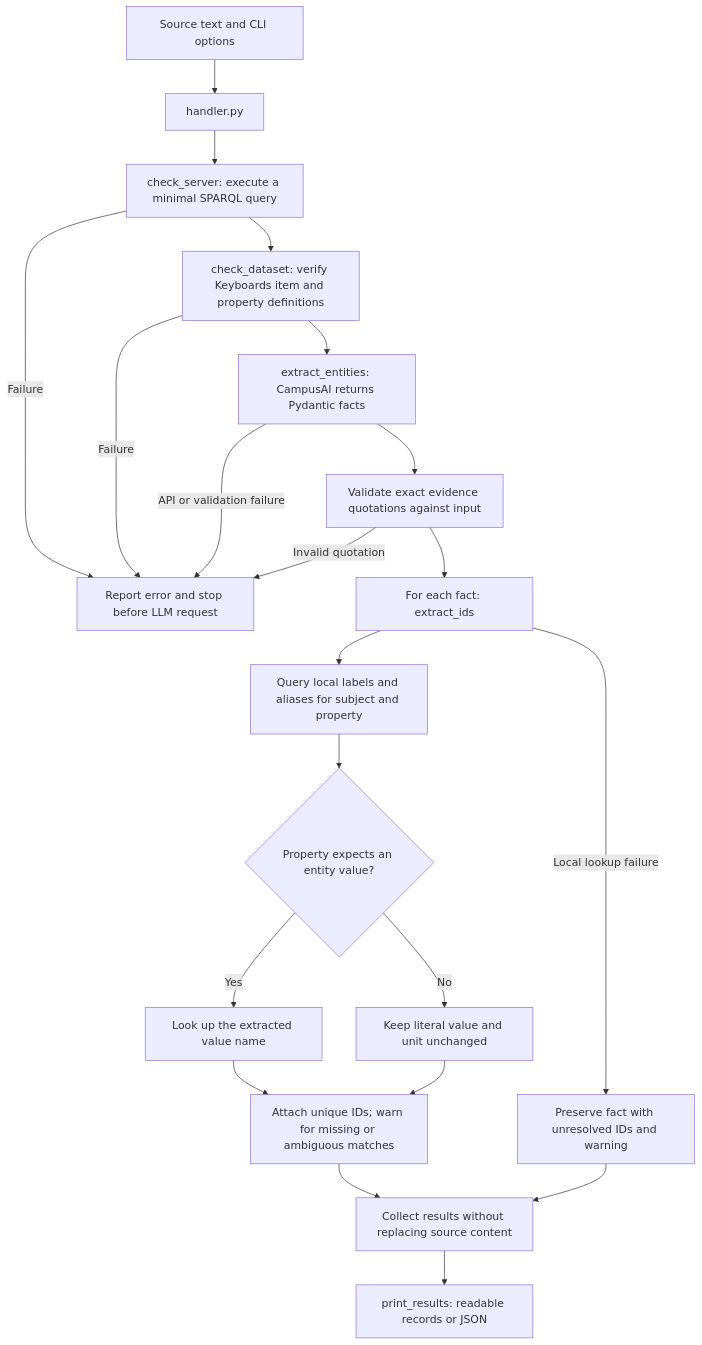
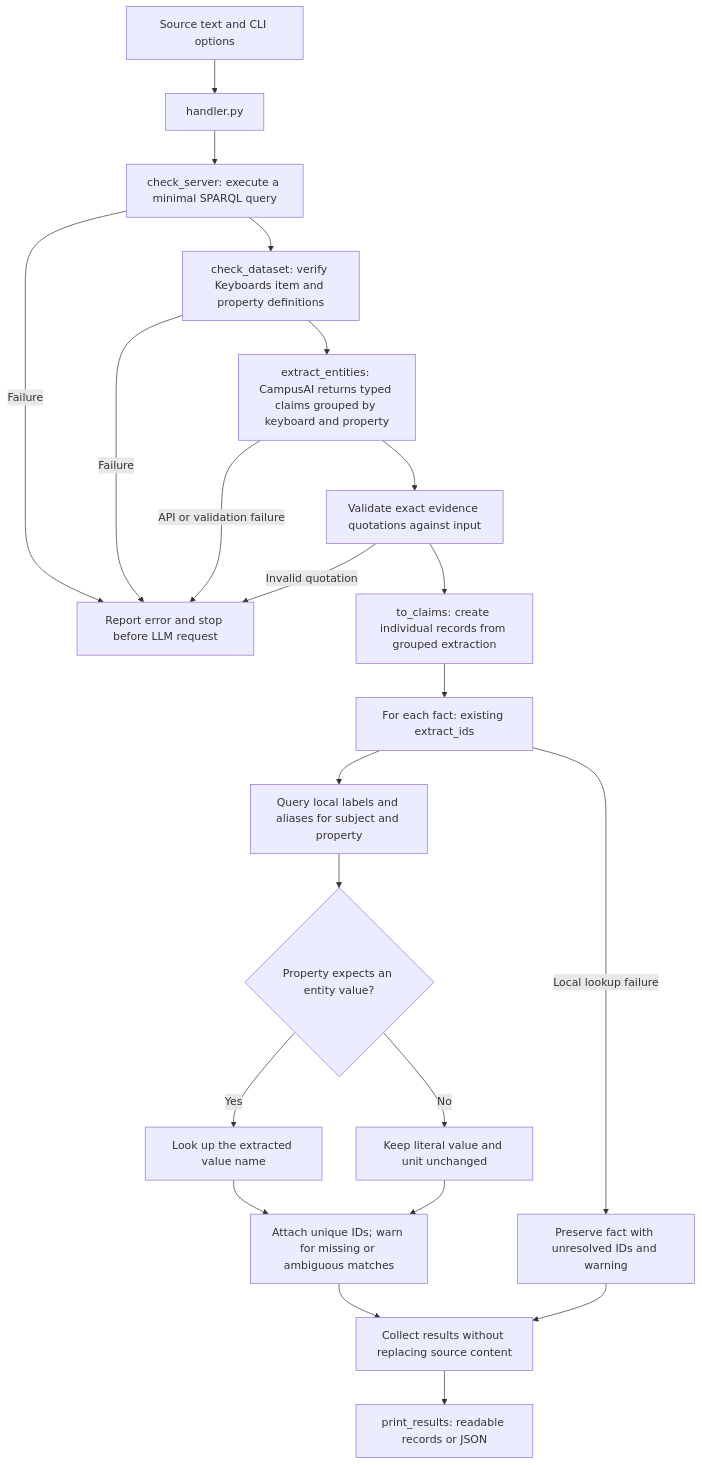
The diagram in workflow.md (hawks23/anywikia), drawn with Mermaid before and after one commit. The commit also changed other lines of this file and 1 other file, not shown here.

Commit message:
Document typed extraction, implementation roadmap, and run/test commands
Explain the RDF property catalog, grouped extraction and flat claim boundary, current exact ID lookup, and deferred matching and comparison work. Add JSON saving and live smoke-test instructions, clarify offline validation limits, and align the workflow diagram.

````diff
--- a/workflow.md
+++ b/workflow.md
@@ -6,23 +6,24 @@
 ```mermaid
 flowchart TD
     A[Source text and CLI options] --> B[handler.py]
     B --> C[check_server: execute a minimal SPARQL query]
     C --> D[check_dataset: verify Keyboards item and property definitions]
     C -- Failure --> Z[Report error and stop before LLM request]
     D -- Failure --> Z
-    D --> E[extract_entities: CampusAI returns Pydantic facts]
+    D --> E[extract_entities: CampusAI returns typed claims grouped by keyboard and property]
     E --> F[Validate exact evidence quotations against input]
     E -- API or validation failure --> Z
     F -- Invalid quotation --> Z
-    F --> G[For each fact: extract_ids]
+    F --> P[to_claims: create individual records from grouped extraction]
+    P --> G[For each fact: existing extract_ids]
     G --> H[Query local labels and aliases for subject and property]
     H --> I{Property expects an entity value?}
     I -- Yes --> J[Look up the extracted value name]
     I -- No --> K[Keep literal value and unit unchanged]
     J --> L[Attach unique IDs; warn for missing or ambiguous matches]
     K --> L
     G -- Local lookup failure --> M[Preserve fact with unresolved IDs and warning]
     L --> N[Collect results without replacing source content]
     M --> N
     N --> O[print_results: readable records or JSON]
 ```
````
